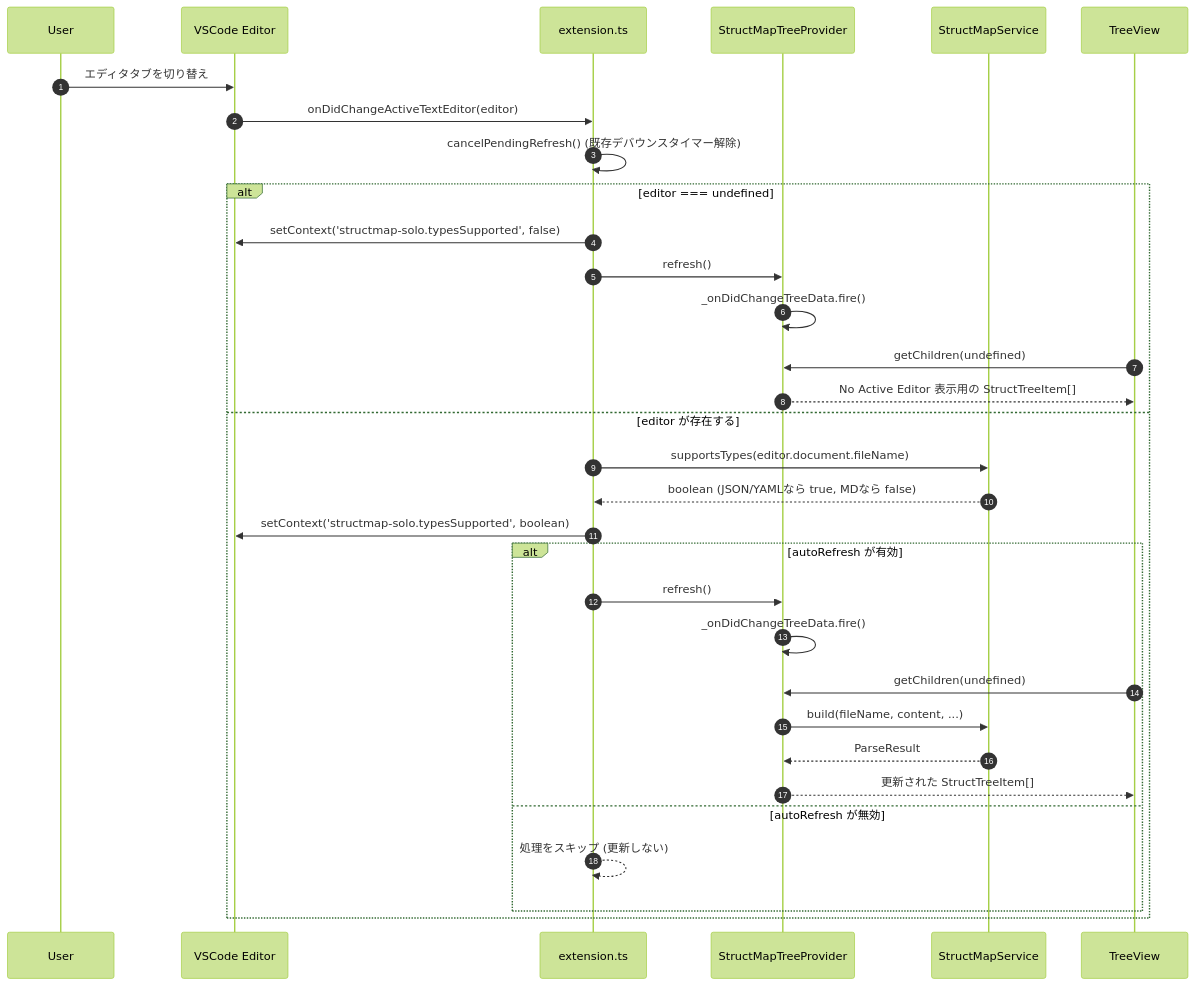
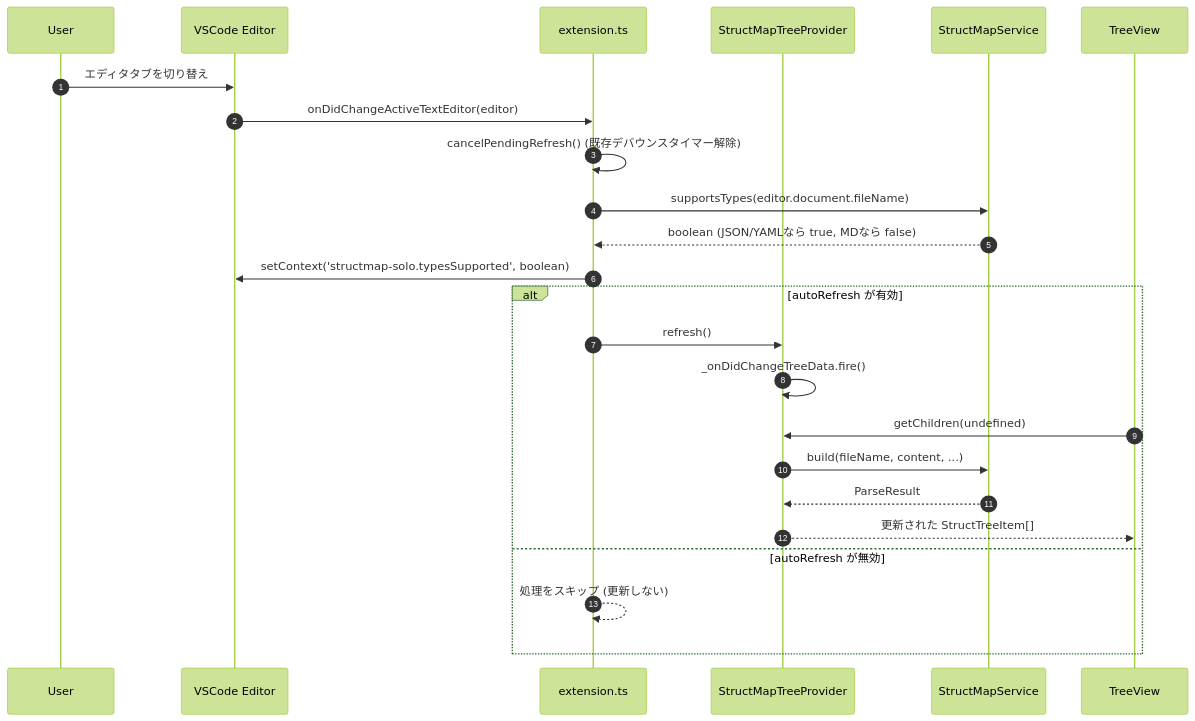
The second of 6 diagrams in docs/DATA_FLOW_AND_EVENTS.md (masanori-satake/StructMap-Solo), drawn with Mermaid (forest theme) before and after one commit. The commit also changed other lines of this file and 4 other files, not shown here.

Commit message:
docs: address PR review feedback on developer architecture documentation

````diff
--- a/docs/DATA_FLOW_AND_EVENTS.md
+++ b/docs/DATA_FLOW_AND_EVENTS.md
@@ -78,36 +78,28 @@
 ```mermaid
 sequenceDiagram
     autonumber
     participant U as User
     participant VS as VSCode Editor
     participant Ext as extension.ts
     participant TP as StructMapTreeProvider
     participant Svc as StructMapService
     participant TV as TreeView
 
     U->>VS: エディタタブを切り替え
     VS->>Ext: onDidChangeActiveTextEditor(editor)
     Ext->>Ext: cancelPendingRefresh() (既存デバウンスタイマー解除)
-    alt editor === undefined
-        Ext->>VS: setContext('structmap-solo.typesSupported', false)
+    Ext->>Svc: supportsTypes(editor.document.fileName)
+    Svc-->>Ext: boolean (JSON/YAMLなら true, MDなら false)
+    Ext->>VS: setContext('structmap-solo.typesSupported', boolean)
+
+    alt autoRefresh が有効
         Ext->>TP: refresh()
         TP->>TP: _onDidChangeTreeData.fire()
         TV->>TP: getChildren(undefined)
-        TP-->>TV: No Active Editor 表示用の StructTreeItem[]
-    else editor が存在する
-        Ext->>Svc: supportsTypes(editor.document.fileName)
-        Svc-->>Ext: boolean (JSON/YAMLなら true, MDなら false)
-        Ext->>VS: setContext('structmap-solo.typesSupported', boolean)
-
-        alt autoRefresh が有効
-            Ext->>TP: refresh()
-            TP->>TP: _onDidChangeTreeData.fire()
-            TV->>TP: getChildren(undefined)
-            TP->>Svc: build(fileName, content, ...)
-            Svc-->>TP: ParseResult
-            TP-->>TV: 更新された StructTreeItem[]
-        else autoRefresh が無効
-            Ext-->>Ext: 処理をスキップ (更新しない)
-        end
+        TP->>Svc: build(fileName, content, ...)
+        Svc-->>TP: ParseResult
+        TP-->>TV: 更新された StructTreeItem[]
+    else autoRefresh が無効
+        Ext-->>Ext: 処理をスキップ (更新しない)
     end
 ```
````
